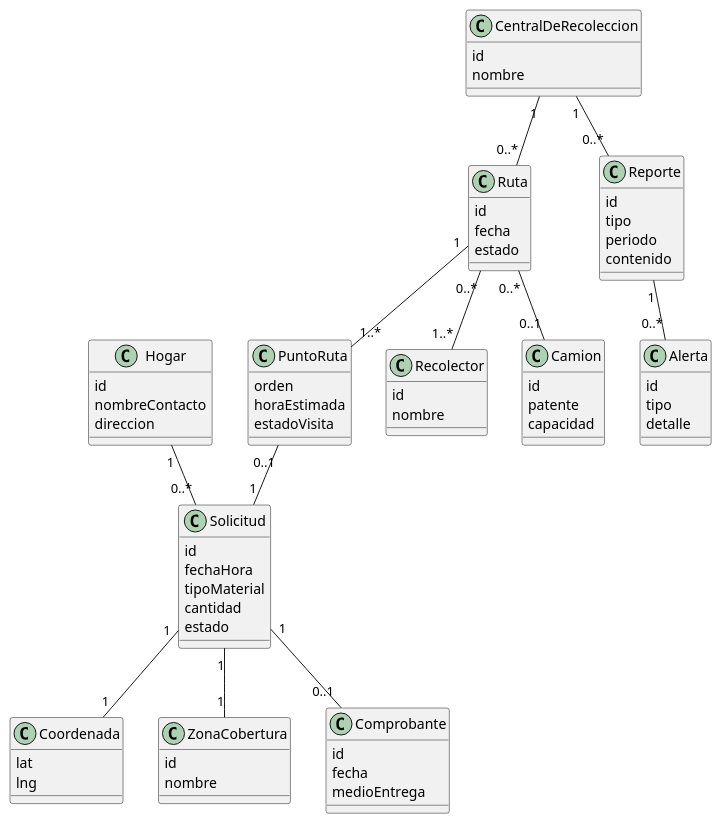
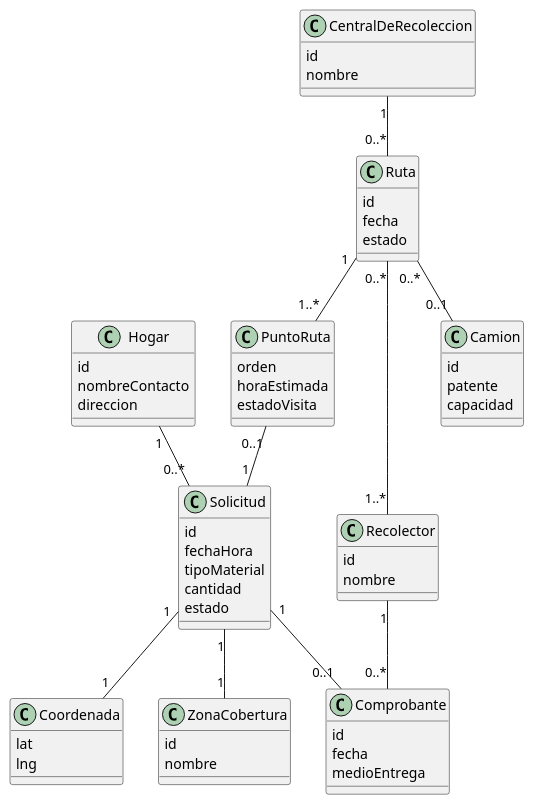
One commit to diss17/proyecto_is1 changed the diagram in 05_ayudantia/EsquemaConceptual.puml. Above: the diagram before and after it, drawn with PlantUML. The commit also changed 1 other file, not shown here.

```diff
--- a/05_ayudantia/EsquemaConceptual.puml
+++ b/05_ayudantia/EsquemaConceptual.puml
@@ -1,82 +1,72 @@
 @startuml
 skinparam classAttributeIconSize 0
 
 class Hogar {
   id
   nombreContacto
   direccion
 }
 class Solicitud {
   id
   fechaHora
   tipoMaterial
   cantidad
   estado
 }
 class Coordenada {
   lat
   lng
 }
 class ZonaCobertura {
   id
   nombre
 }
 class CentralDeRecoleccion {
   id
   nombre
 }
 class Ruta {
   id
   fecha
   estado
 }
 class PuntoRuta {
   orden
   horaEstimada
   estadoVisita
 }
 class Recolector {
   id
   nombre
 }
 class Camion {
   id
   patente
   capacidad
 }
 class Comprobante {
   id
   fecha
   medioEntrega
 }
-class Reporte {
-  id
-  tipo
-  periodo
-  contenido
-}
-class Alerta {
-  id
-  tipo
-  detalle
-}
+
+' --- Relaciones ---
 
 Hogar "1" -- "0..*" Solicitud
 Solicitud "1" -- "1" Coordenada
 Solicitud "1" -- "1" ZonaCobertura
 
 CentralDeRecoleccion "1" -- "0..*" Ruta
 Ruta "0..*" -- "0..1" Camion
 
 Ruta "0..*" -- "1..*" Recolector
 
 Ruta "1" -- "1..*" PuntoRuta
 
 PuntoRuta "0..1" -- "1" Solicitud
 
 Solicitud "1" -- "0..1" Comprobante
 
-CentralDeRecoleccion "1" -- "0..*" Reporte
-Reporte "1" -- "0..*" Alerta
+Recolector "1" -- "0..*" Comprobante
 
 @enduml
```
